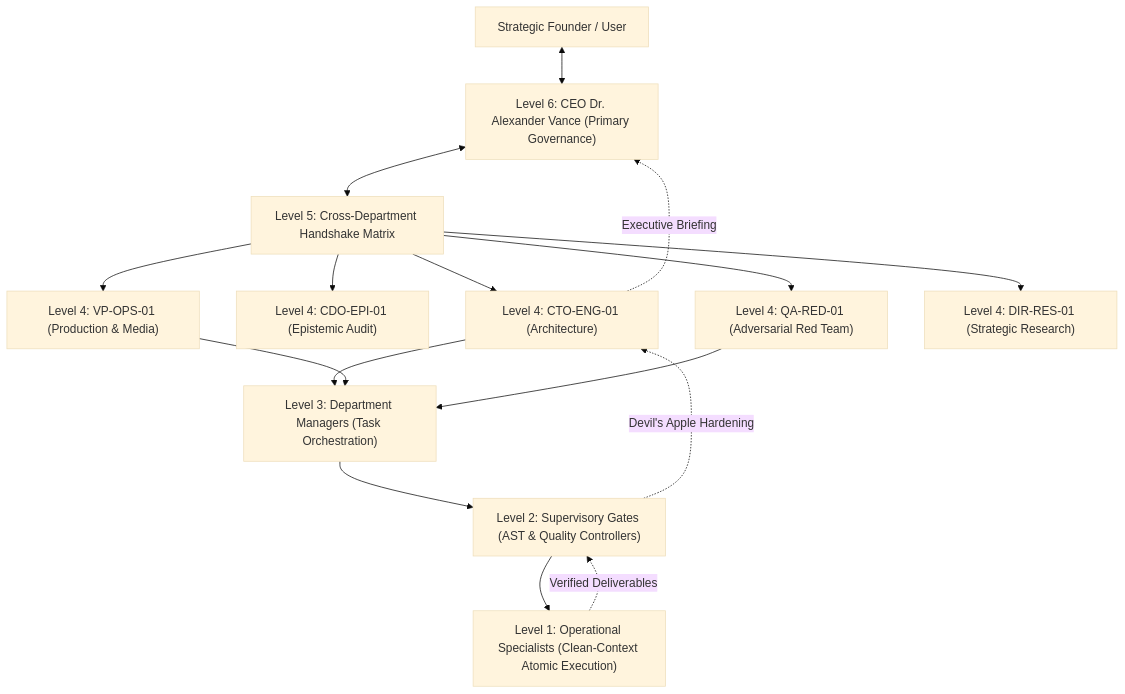
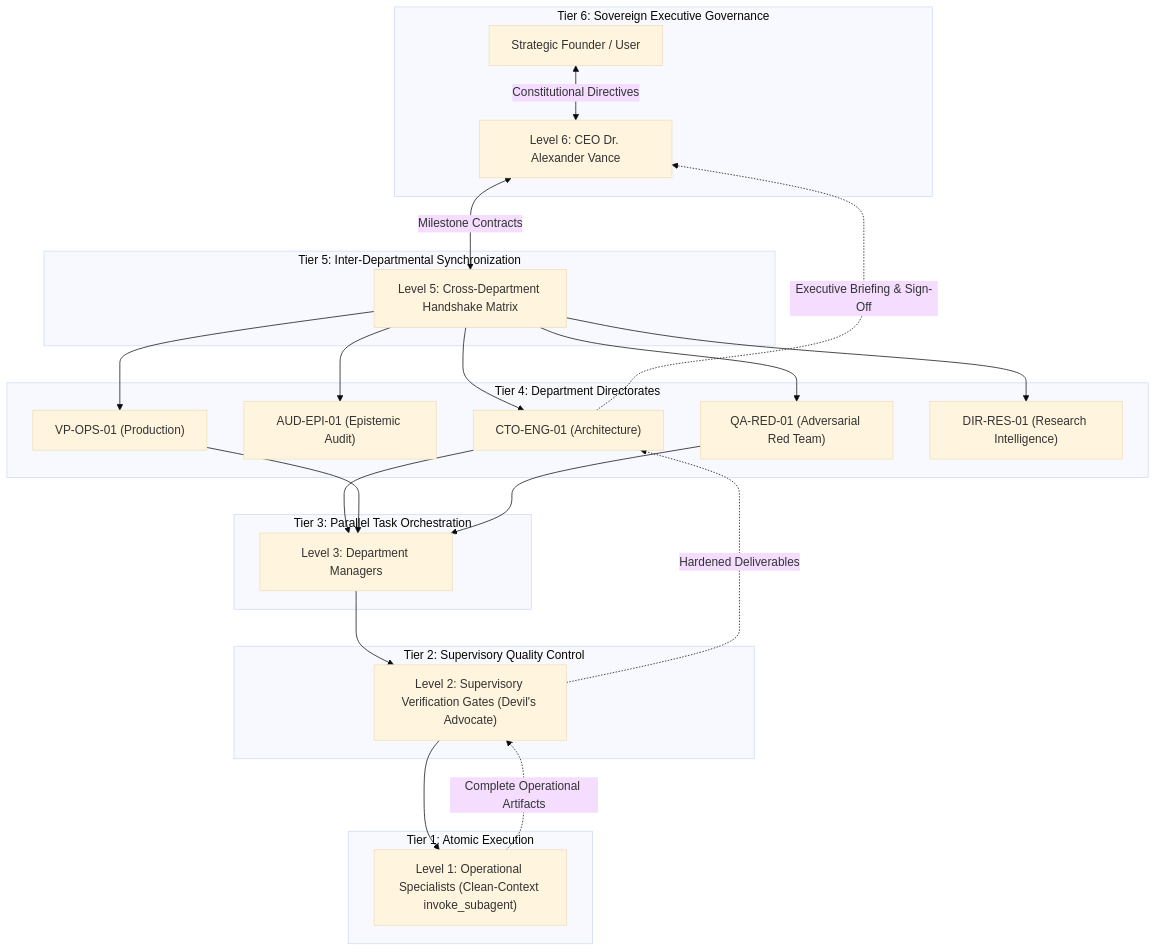
The first of 2 diagrams in README.md (JokerQubit/AGI-Antigravity-skills-concept), drawn with Mermaid (base theme) before and after one commit. The commit also changed other lines of this file and 3 other files, not shown here.

````diff
--- a/README.md
+++ b/README.md
@@ -40,22 +192,36 @@
 ```mermaid
 graph TD
-    User["Strategic Founder / User"] <--> L6["Level 6: CEO Dr. Alexander Vance (Primary Governance)"]
-    L6 <--> L5["Level 5: Cross-Department Handshake Matrix"]
-    
-    L5 --> L4_ENG["Level 4: CTO-ENG-01 (Architecture)"]
-    L5 --> L4_EPI["Level 4: CDO-EPI-01 (Epistemic Audit)"]
-    L5 --> L4_OPS["Level 4: VP-OPS-01 (Production & Media)"]
-    L5 --> L4_QA["Level 4: QA-RED-01 (Adversarial Red Team)"]
-    L5 --> L4_RES["Level 4: DIR-RES-01 (Strategic Research)"]
-    
-    L4_ENG --> L3["Level 3: Department Managers (Task Orchestration)"]
-    L4_OPS --> L3
-    L4_QA --> L3
-    
-    L3 --> L2["Level 2: Supervisory Gates (AST & Quality Controllers)"]
-    L2 --> L1["Level 1: Operational Specialists (Clean-Context Atomic Execution)"]
-    
-    L1 -.->|"Verified Deliverables"| L2
-    L2 -.->|"Devil's Apple Hardening"| L4_ENG
-    L4_ENG -.->|"Executive Briefing"| L6
+    subgraph "Tier 6: Sovereign Executive Governance"
+        User["Strategic Founder / User"] <-->|"Constitutional Directives"| L6["Level 6: CEO Dr. Alexander Vance"]
+    end
+
+    subgraph "Tier 5: Inter-Departmental Synchronization"
+        L6 <-->|"Milestone Contracts"| L5["Level 5: Cross-Department Handshake Matrix"]
+    end
+
+    subgraph "Tier 4: Department Directorates"
+        L5 --> L4_ENG["CTO-ENG-01 (Architecture)"]
+        L5 --> L4_EPI["AUD-EPI-01 (Epistemic Audit)"]
+        L5 --> L4_OPS["VP-OPS-01 (Production)"]
+        L5 --> L4_QA["QA-RED-01 (Adversarial Red Team)"]
+        L5 --> L4_RES["DIR-RES-01 (Research Intelligence)"]
+    end
+
+    subgraph "Tier 3: Parallel Task Orchestration"
+        L4_ENG --> L3["Level 3: Department Managers"]
+        L4_OPS --> L3
+        L4_QA --> L3
+    end
+
+    subgraph "Tier 2: Supervisory Quality Control"
+        L3 --> L2["Level 2: Supervisory Verification Gates (Devil's Advocate)"]
+    end
+
+    subgraph "Tier 1: Atomic Execution"
+        L2 --> L1["Level 1: Operational Specialists (Clean-Context invoke_subagent)"]
+    end
+
+    L1 -.->|"Complete Operational Artifacts"| L2
+    L2 -.->|"Hardened Deliverables"| L4_ENG
+    L4_ENG -.->|"Executive Briefing & Sign-Off"| L6
 ```
````
